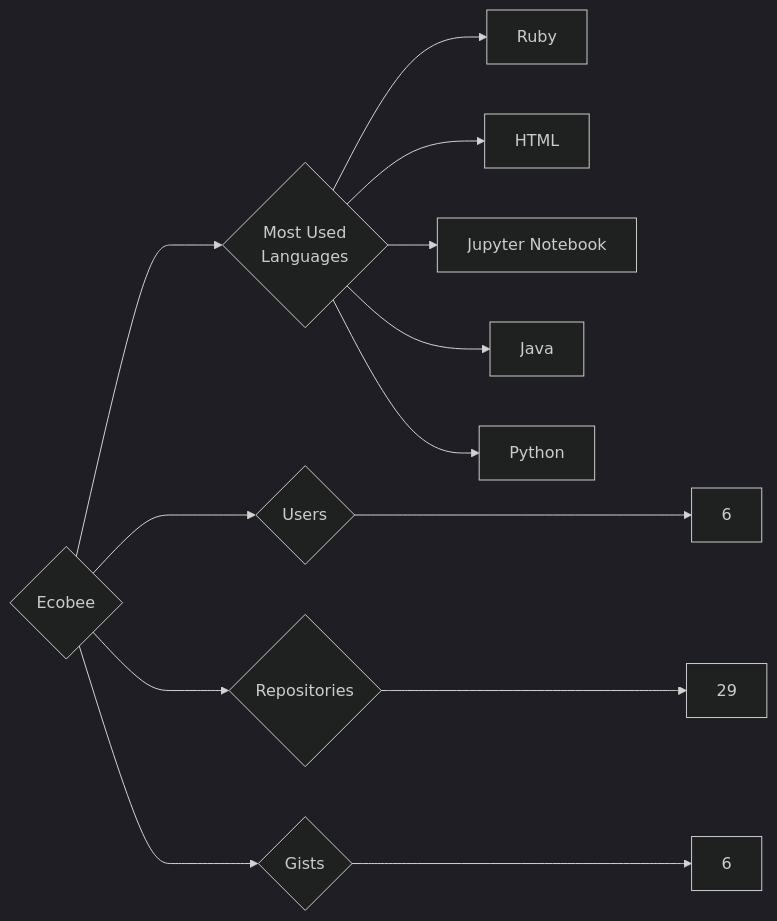
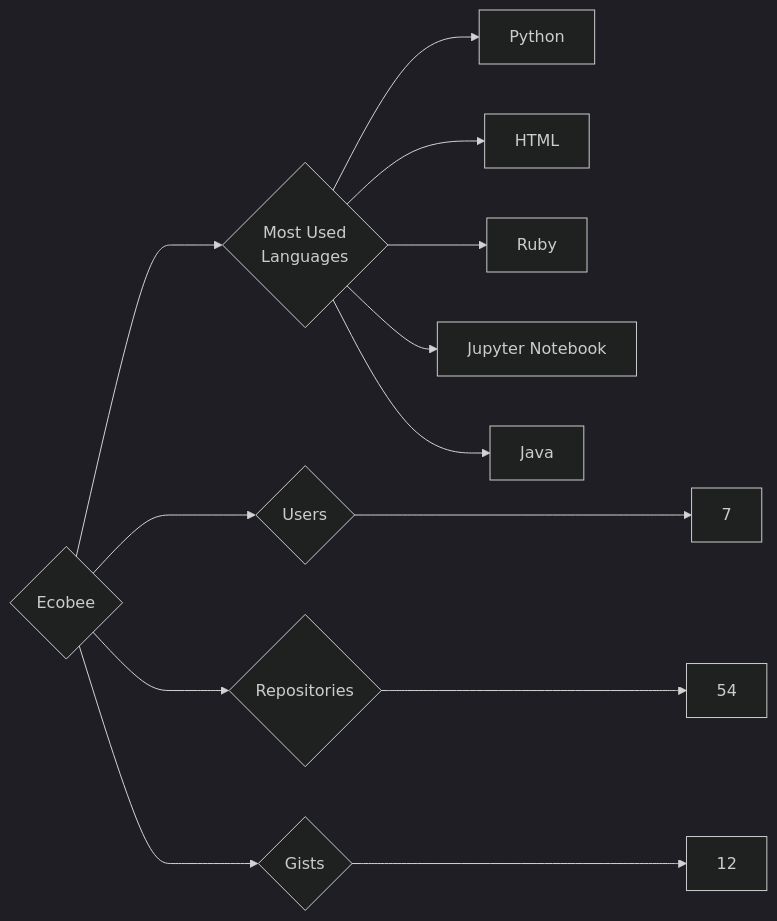
The diagram in targets/Ecobee/README.md (trickest/insiders), drawn with Mermaid (dark theme) before and after one commit. The commit also changed 1055 other files, not shown here.

````diff
--- a/targets/Ecobee/README.md
+++ b/targets/Ecobee/README.md
@@ -3,13 +3,13 @@
 ```mermaid
 graph LR
 COMPANY_NAME{Ecobee}
-COMPANY_NAME ---> U{Users} ---> UN[6]
-COMPANY_NAME ---> R{Repositories} ---> RN[29]
-COMPANY_NAME ---> G{Gists} ---> GN[6]
+COMPANY_NAME ---> U{Users} ---> UN[7]
+COMPANY_NAME ---> R{Repositories} ---> RN[54]
+COMPANY_NAME ---> G{Gists} ---> GN[12]
 COMPANY_NAME ---> ML{Most Used<br>Languages}
+ML --> Python[Python]
+ML --> HTML[HTML]
 ML --> Ruby[Ruby]
-ML --> HTML[HTML]
 ML --> Jupyter_Notebook[Jupyter Notebook]
 ML --> Java[Java]
-ML --> Python[Python]
 ```
````
